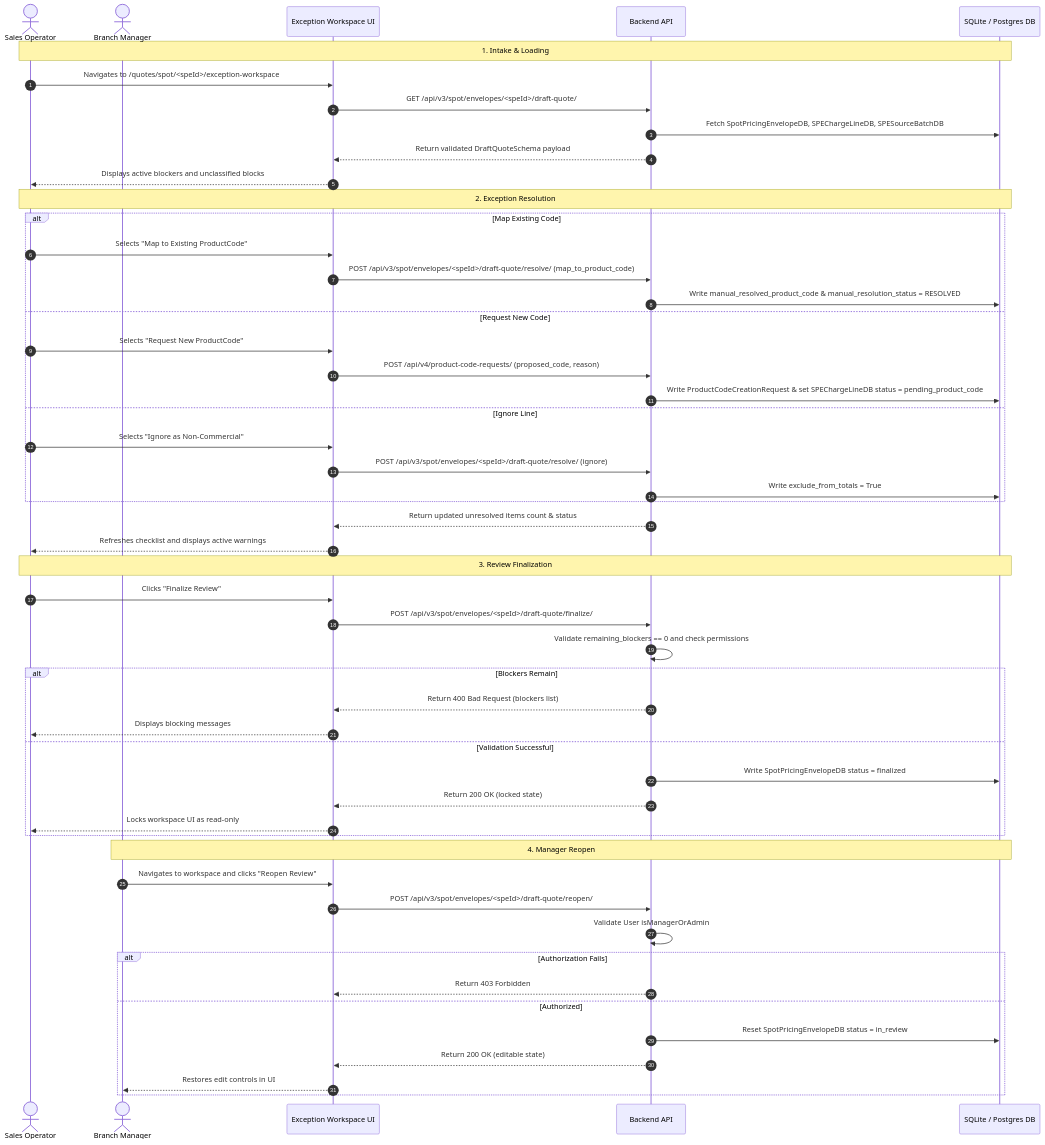
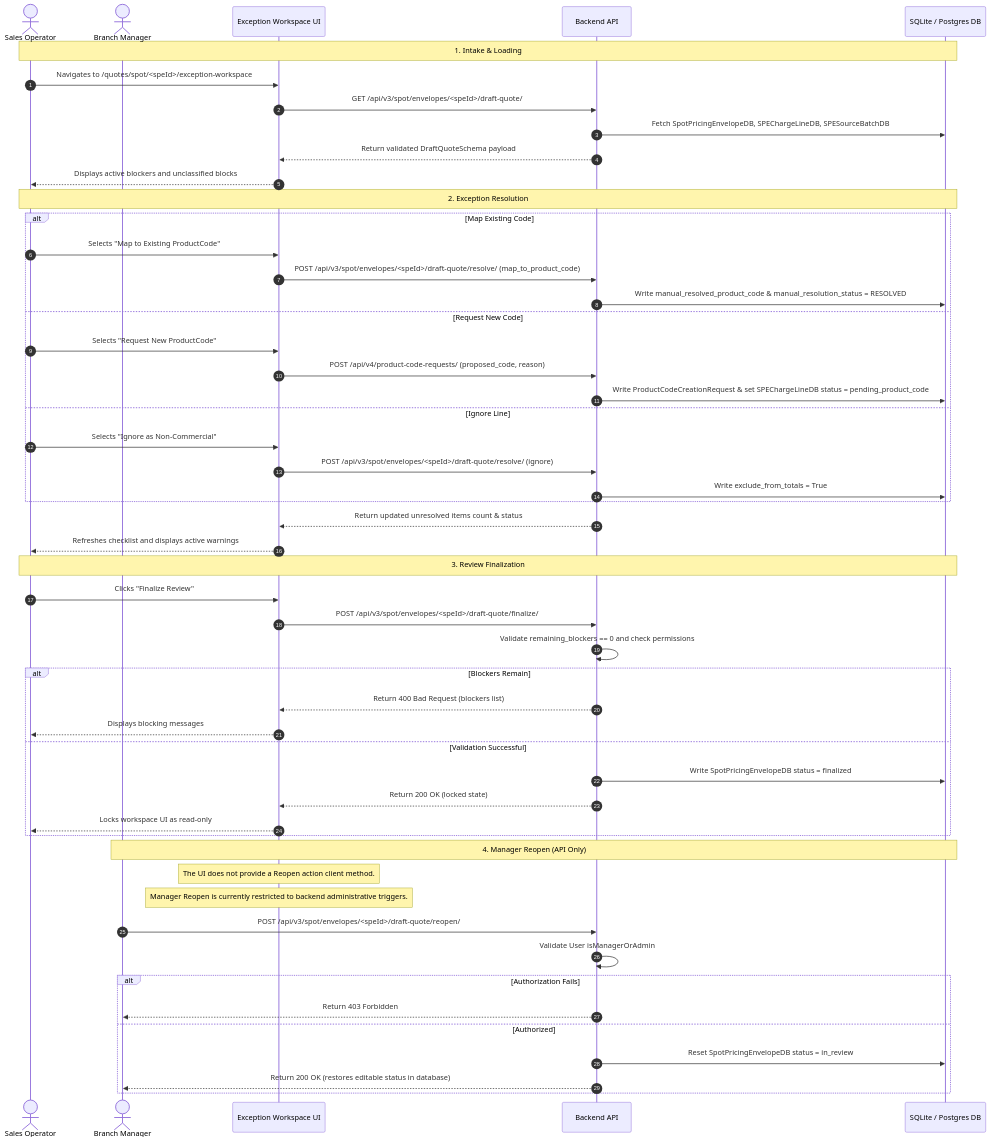
One commit to nace-martin/Project-RateEngine changed the diagram in docs/audits/spot-exception-workspace-simplification-audit.md. Above: the diagram before and after it, drawn with Mermaid. The commit also changed other lines of this file, not shown here.

Commit message:
docs: correct UAT reopen, mock props fallback, relative paths, and scope boundaries for Phase 14A

````diff
--- a/docs/audits/spot-exception-workspace-simplification-audit.md
+++ b/docs/audits/spot-exception-workspace-simplification-audit.md
@@ -84,58 +84,58 @@
 ```mermaid
 sequenceDiagram
     autonumber
     actor Operator as Sales Operator
     actor Manager as Branch Manager
     participant UI as Exception Workspace UI
     participant BE as Backend API
     participant DB as SQLite / Postgres DB
 
     Note over Operator, DB: 1. Intake & Loading
     Operator->>UI: Navigates to /quotes/spot/<speId>/exception-workspace
     UI->>BE: GET /api/v3/spot/envelopes/<speId>/draft-quote/
     BE->>DB: Fetch SpotPricingEnvelopeDB, SPEChargeLineDB, SPESourceBatchDB
     BE-->>UI: Return validated DraftQuoteSchema payload
     UI-->>Operator: Displays active blockers and unclassified blocks
 
     Note over Operator, DB: 2. Exception Resolution
     alt Map Existing Code
         Operator->>UI: Selects "Map to Existing ProductCode"
         UI->>BE: POST /api/v3/spot/envelopes/<speId>/draft-quote/resolve/ (map_to_product_code)
         BE->>DB: Write manual_resolved_product_code & manual_resolution_status = RESOLVED
     else Request New Code
         Operator->>UI: Selects "Request New ProductCode"
         UI->>BE: POST /api/v4/product-code-requests/ (proposed_code, reason)
         BE->>DB: Write ProductCodeCreationRequest & set SPEChargeLineDB status = pending_product_code
     else Ignore Line
         Operator->>UI: Selects "Ignore as Non-Commercial"
         UI->>BE: POST /api/v3/spot/envelopes/<speId>/draft-quote/resolve/ (ignore)
         BE->>DB: Write exclude_from_totals = True
     end
     BE-->>UI: Return updated unresolved items count & status
     UI-->>Operator: Refreshes checklist and displays active warnings
 
     Note over Operator, DB: 3. Review Finalization
     Operator->>UI: Clicks "Finalize Review"
     UI->>BE: POST /api/v3/spot/envelopes/<speId>/draft-quote/finalize/
     BE->>BE: Validate remaining_blockers == 0 and check permissions
     alt Blockers Remain
         BE-->>UI: Return 400 Bad Request (blockers list)
         UI-->>Operator: Displays blocking messages
     else Validation Successful
         BE->>DB: Write SpotPricingEnvelopeDB status = finalized
         BE-->>UI: Return 200 OK (locked state)
         UI-->>Operator: Locks workspace UI as read-only
     end
 
-    Note over Manager, DB: 4. Manager Reopen
-    Manager->>UI: Navigates to workspace and clicks "Reopen Review"
-    UI->>BE: POST /api/v3/spot/envelopes/<speId>/draft-quote/reopen/
+    Note over Manager, DB: 4. Manager Reopen (API Only)
+    Note over UI: The UI does not provide a Reopen action client method.
+    Note over UI: Manager Reopen is currently restricted to backend administrative triggers.
+    Manager->>BE: POST /api/v3/spot/envelopes/<speId>/draft-quote/reopen/
     BE->>BE: Validate User isManagerOrAdmin
     alt Authorization Fails
-        BE-->>UI: Return 403 Forbidden
+        BE-->>Manager: Return 403 Forbidden
     else Authorized
         BE->>DB: Reset SpotPricingEnvelopeDB status = in_review
-        BE-->>UI: Return 200 OK (editable state)
-        UI-->>Manager: Restores edit controls in UI
+        BE-->>Manager: Return 200 OK (restores editable status in database)
     end
 ```
````
